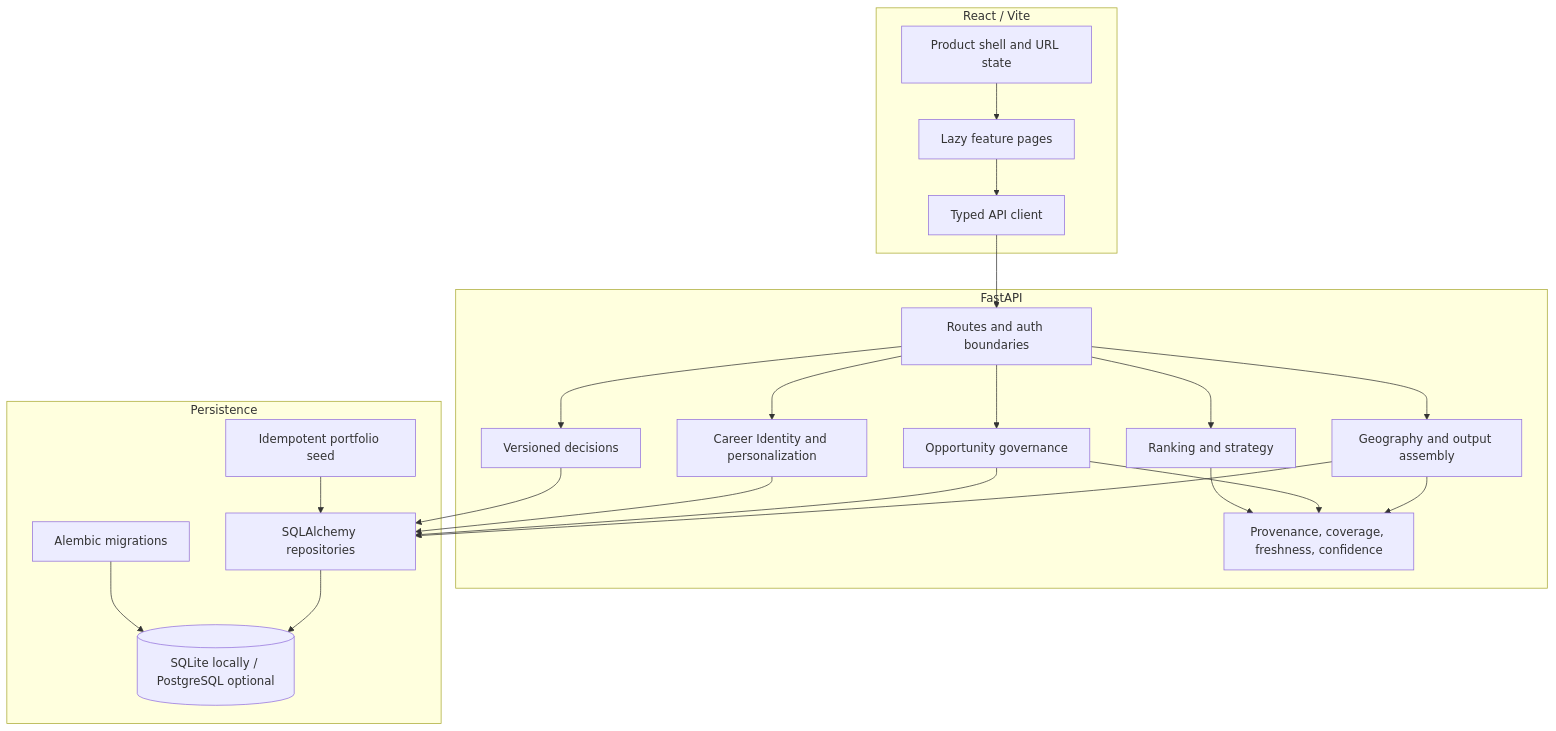
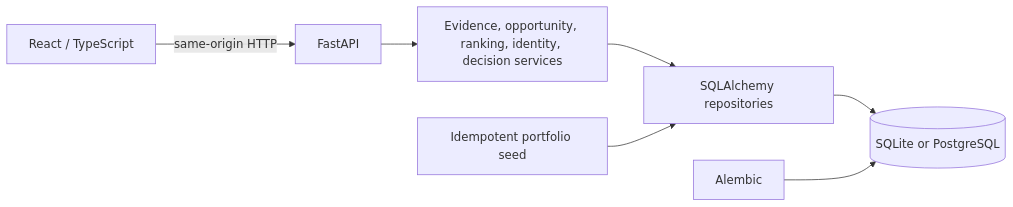
One commit to Sikes1112/job-market-intelligence changed the diagram in docs/ENGINEERING_GUIDE.md. Above: the diagram before and after it, drawn with Mermaid. The commit also changed other lines of this file and 18 other files, not shown here.

````diff
--- a/docs/ENGINEERING_GUIDE.md
+++ b/docs/ENGINEERING_GUIDE.md
@@ -9,42 +9,9 @@
 ```mermaid
-flowchart TB
-  subgraph Browser[React / Vite]
-    Shell[Product shell and URL state]
-    Pages[Lazy feature pages]
-    Client[Typed API client]
-  end
-
-  subgraph API[FastAPI]
-    Routes[Routes and auth boundaries]
-    Geo[Geography and output assembly]
-    Opp[Opportunity governance]
-    Rec[Ranking and strategy]
-    Identity[Career Identity and personalization]
-    Decisions[Versioned decisions]
-    Evidence[Provenance, coverage, freshness, confidence]
-  end
-
-  subgraph Data[Persistence]
-    ORM[SQLAlchemy repositories]
-    DB[(SQLite locally / PostgreSQL optional)]
-    Migration[Alembic migrations]
-    Seed[Idempotent portfolio seed]
-  end
-
-  Shell --> Pages --> Client --> Routes
-  Routes --> Geo
-  Routes --> Opp
-  Routes --> Rec
-  Routes --> Identity
-  Routes --> Decisions
-  Geo --> Evidence
-  Opp --> Evidence
-  Rec --> Evidence
-  Geo --> ORM
-  Opp --> ORM
-  Identity --> ORM
-  Decisions --> ORM
-  ORM --> DB
-  Migration --> DB
-  Seed --> ORM
+flowchart LR
+  Browser[React / TypeScript] -->|same-origin HTTP| API[FastAPI]
+  API --> Services[Evidence, opportunity, ranking, identity, decision services]
+  Services --> ORM[SQLAlchemy repositories]
+  ORM --> DB[(SQLite or PostgreSQL)]
+  Alembic[Alembic] --> DB
+  Seed[Idempotent portfolio seed] --> ORM
 ```
````
